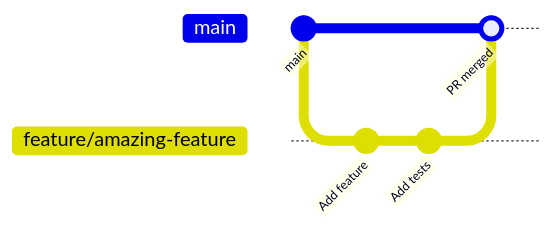
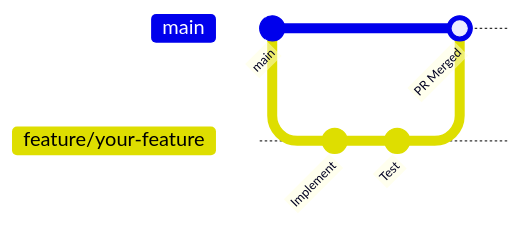
The eighth of 8 diagrams in README.md (thomas-to-bcheme/thomas-to-bcheme), drawn with Mermaid before and after one commit. The commit also changed other lines of this file, not shown here.

First line of the commit message:
Refactor README with improved Mermaid visualizations

````diff
--- a/README.md
+++ b/README.md
@@ -578,10 +407,10 @@
 ```mermaid
 gitGraph
     commit id: "main"
-    branch feature/amazing-feature
-    checkout feature/amazing-feature
-    commit id: "Add feature"
-    commit id: "Add tests"
+    branch feature/your-feature
+    checkout feature/your-feature
+    commit id: "Implement"
+    commit id: "Test"
     checkout main
-    merge feature/amazing-feature id: "PR merged"
+    merge feature/your-feature id: "PR Merged"
 ```
````
